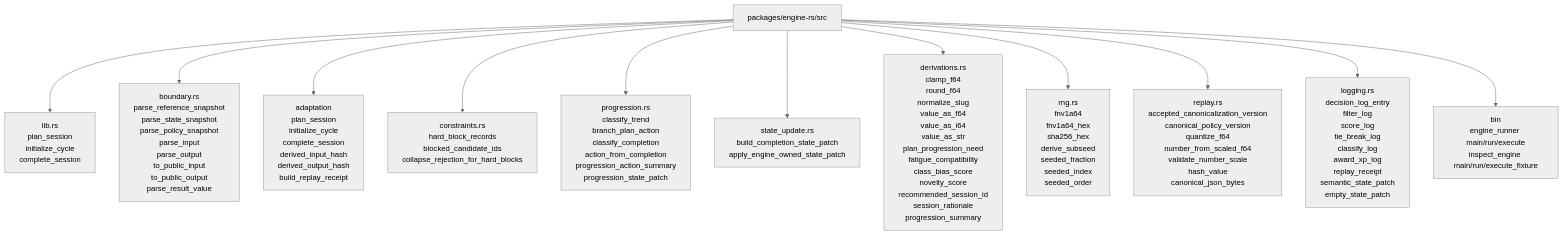
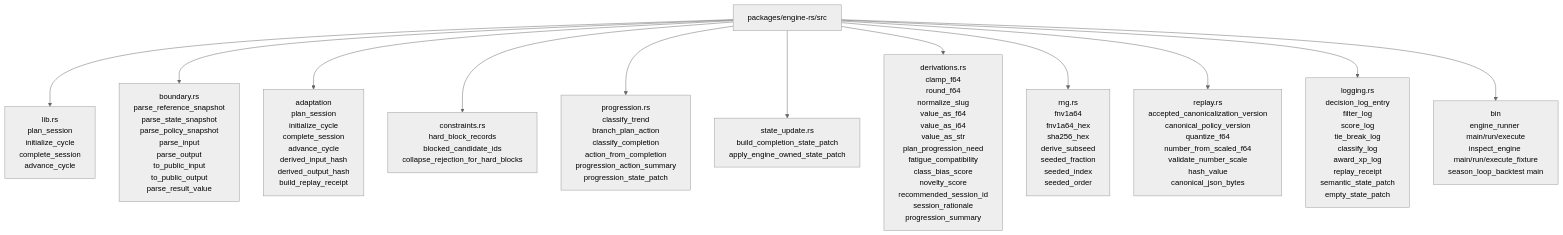
The fifth of 5 diagrams in docs/mermaid/runtime-function-surface.md (manjuyod/adaptabuddy_v2), drawn with Mermaid (neutral theme) before and after one commit. The commit also changed other lines of this file and 6 other files, not shown here.

Commit message:
mermaid update

````diff
--- a/docs/mermaid/runtime-function-surface.md
+++ b/docs/mermaid/runtime-function-surface.md
@@ -67,15 +68,15 @@
 ```mermaid
 flowchart TB
   Engine["packages/engine-rs/src"]
-  Engine --> Public["lib.rs<br/>plan_session<br/>initialize_cycle<br/>complete_session"]
+  Engine --> Public["lib.rs<br/>plan_session<br/>initialize_cycle<br/>complete_session<br/>advance_cycle"]
   Engine --> Boundary["boundary.rs<br/>parse_reference_snapshot<br/>parse_state_snapshot<br/>parse_policy_snapshot<br/>parse_input<br/>parse_output<br/>to_public_input<br/>to_public_output<br/>parse_result_value"]
-  Engine --> Adaptation["adaptation<br/>plan_session<br/>initialize_cycle<br/>complete_session<br/>derived_input_hash<br/>derived_output_hash<br/>build_replay_receipt"]
+  Engine --> Adaptation["adaptation<br/>plan_session<br/>initialize_cycle<br/>complete_session<br/>advance_cycle<br/>derived_input_hash<br/>derived_output_hash<br/>build_replay_receipt"]
   Engine --> Constraints["constraints.rs<br/>hard_block_records<br/>blocked_candidate_ids<br/>collapse_rejection_for_hard_blocks"]
   Engine --> Progression["progression.rs<br/>classify_trend<br/>branch_plan_action<br/>classify_completion<br/>action_from_completion<br/>progression_action_summary<br/>progression_state_patch"]
   Engine --> StateUpdate["state_update.rs<br/>build_completion_state_patch<br/>apply_engine_owned_state_patch"]
   Engine --> Derivations["derivations.rs<br/>clamp_f64<br/>round_f64<br/>normalize_slug<br/>value_as_f64<br/>value_as_i64<br/>value_as_str<br/>plan_progression_need<br/>fatigue_compatibility<br/>class_bias_score<br/>novelty_score<br/>recommended_session_id<br/>session_rationale<br/>progression_summary"]
   Engine --> Rng["rng.rs<br/>fnv1a64<br/>fnv1a64_hex<br/>sha256_hex<br/>derive_subseed<br/>seeded_fraction<br/>seeded_index<br/>seeded_order"]
   Engine --> Replay["replay.rs<br/>accepted_canonicalization_version<br/>canonical_policy_version<br/>quantize_f64<br/>number_from_scaled_f64<br/>validate_number_scale<br/>hash_value<br/>canonical_json_bytes"]
   Engine --> Logging["logging.rs<br/>decision_log_entry<br/>filter_log<br/>score_log<br/>tie_break_log<br/>classify_log<br/>award_xp_log<br/>replay_receipt<br/>semantic_state_patch<br/>empty_state_patch"]
-  Engine --> Bins["bin<br/>engine_runner main/run/execute<br/>inspect_engine main/run/execute_fixture"]
+  Engine --> Bins["bin<br/>engine_runner main/run/execute<br/>inspect_engine main/run/execute_fixture<br/>season_loop_backtest main"]
 ```
````
